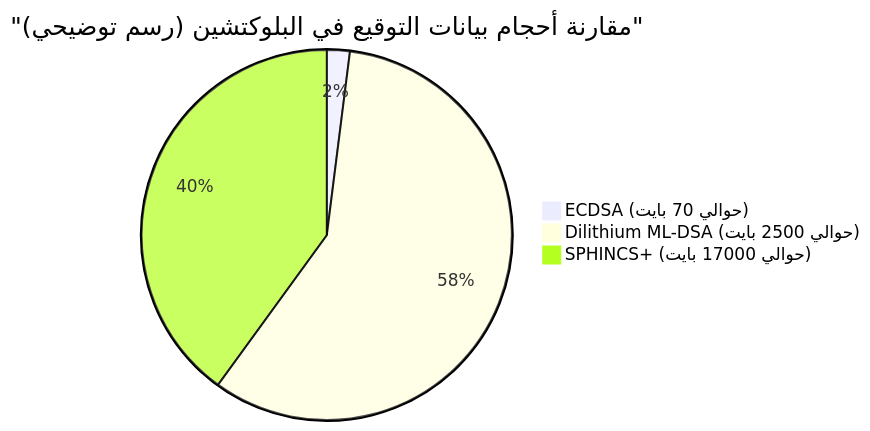
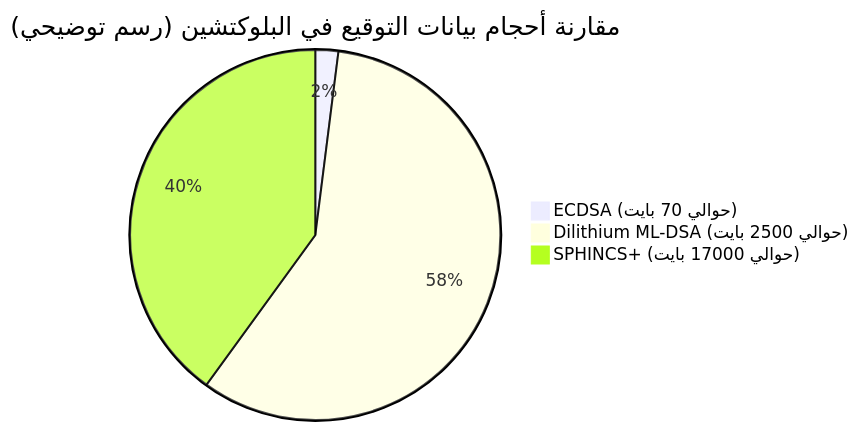
One commit to kenjinote/blog changed the third of 3 diagrams in content/post/ポスト量子時代のブロックチェーン/index.ar.md. Above: the diagram before and after it, drawn with Mermaid. The commit also changed other lines of this file and 703 other files, not shown here.

Commit message:
Fix: Remove quotes from Mermaid link texts and timeline definitions to support Mermaid 11.4.1

````diff
--- a/content/post/ポスト量子時代のブロックチェーン/index.ar.md
+++ b/content/post/ポスト量子時代のブロックチェーン/index.ar.md
@@ -277,6 +277,6 @@
 ```mermaid
-pie title "مقارنة أحجام بيانات التوقيع في البلوكتشين (رسم توضيحي)"
+pie title مقارنة أحجام بيانات التوقيع في البلوكتشين (رسم توضيحي)
     "ECDSA (حوالي 70 بايت)" : 2
     "Dilithium ML-DSA (حوالي 2500 بايت)" : 58
     "SPHINCS+ (حوالي 17000 بايت)" : 40
 ```
````
